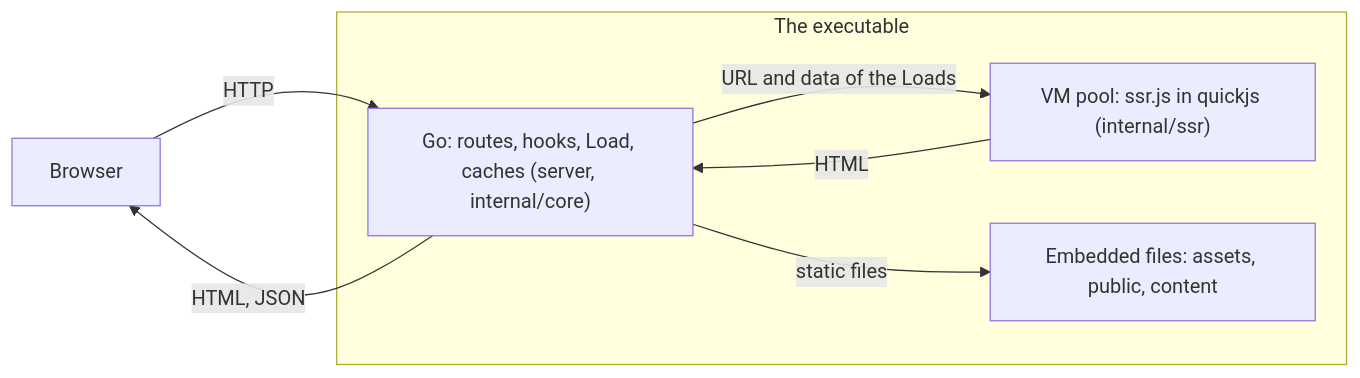
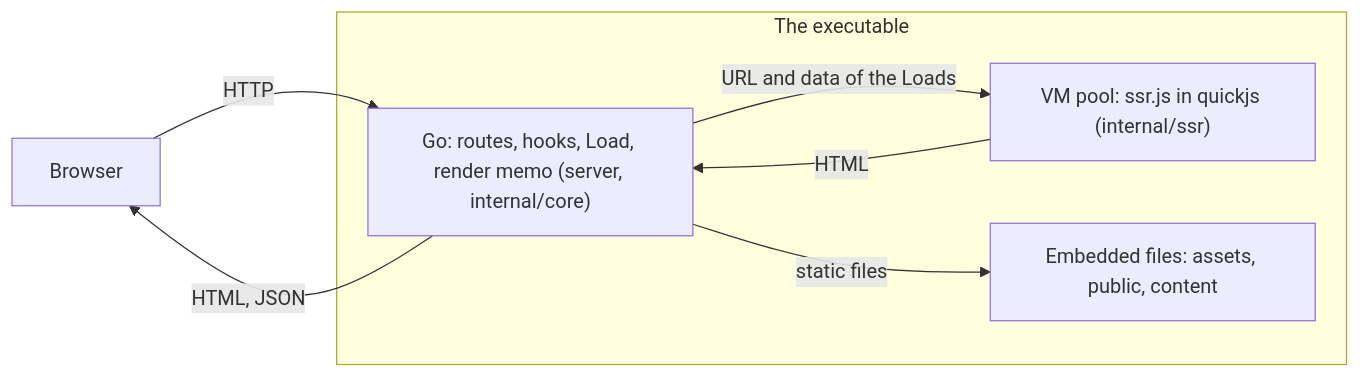
Before and after one commit to liustack/tifa: the first of 8 diagrams in docs/architecture.md, drawn with Mermaid. The commit also changed other lines of this file and 41 other files, not shown here.

First line of the commit message:
docs: describe the render memo and Cache for CDNs

````diff
--- a/docs/architecture.md
+++ b/docs/architecture.md
@@ -21,14 +21,14 @@
 ```mermaid
 flowchart LR
   B["Browser"]
   subgraph P["The executable"]
-    G["Go: routes, hooks, Load, caches (server, internal/core)"]
+    G["Go: routes, hooks, Load, render memo (server, internal/core)"]
     V["VM pool: ssr.js in quickjs (internal/ssr)"]
     S["Embedded files: assets, public, content"]
   end
   B -- "HTTP" --> G
   G -- "URL and data of the Loads" --> V
   V -- "HTML" --> G
   G -- "static files" --> S
   G -- "HTML, JSON" --> B
 ```
````
